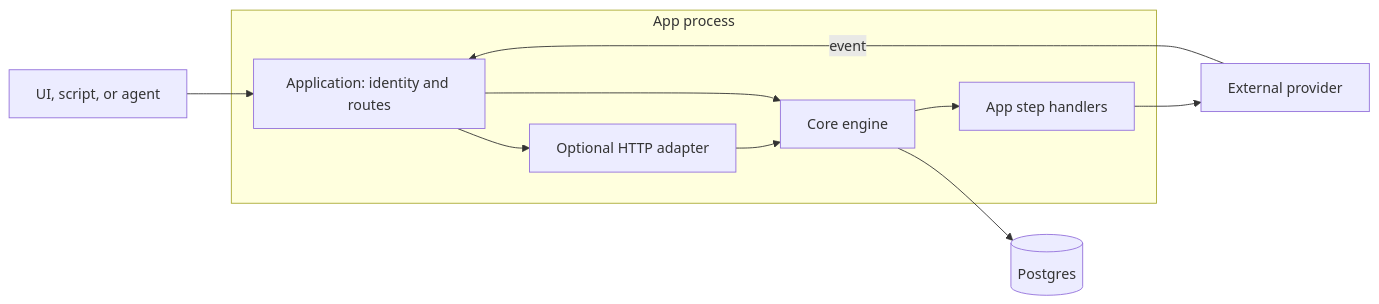
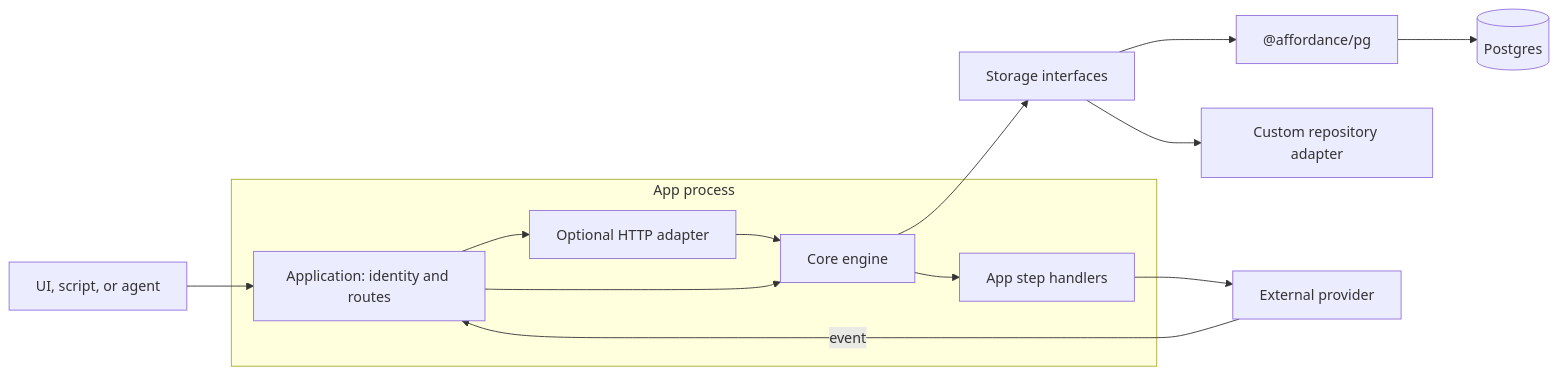
The second of 4 diagrams in docs/architecture.md (mochicodecom/affordance), drawn with Mermaid before and after one commit. The commit also changed other lines of this file and 91 other files, not shown here.

Commit message:
Extract Postgres storage and add validated case listing

````diff
--- a/docs/architecture.md
+++ b/docs/architecture.md
@@ -38,13 +40,16 @@
 ```mermaid
 flowchart LR
   Client["UI, script, or agent"] --> App["Application: identity and routes"]
   subgraph Process["App process"]
     App --> HTTP["Optional HTTP adapter"]
     HTTP --> Engine["Core engine"]
     App --> Engine
     Engine --> Handler["App step handlers"]
   end
-  Engine --> DB[("Postgres")]
+  Engine --> Storage["Storage interfaces"]
+  Storage --> PG["@affordance/pg"]
+  PG --> DB[("Postgres")]
+  Storage --> Custom["Custom repository adapter"]
   Handler --> Provider["External provider"]
   Provider -->|"event"| App
 ```
````
